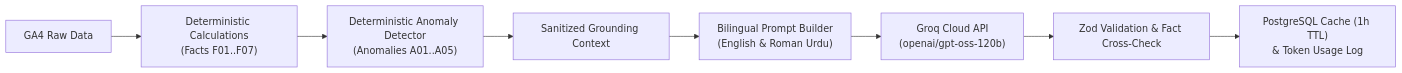
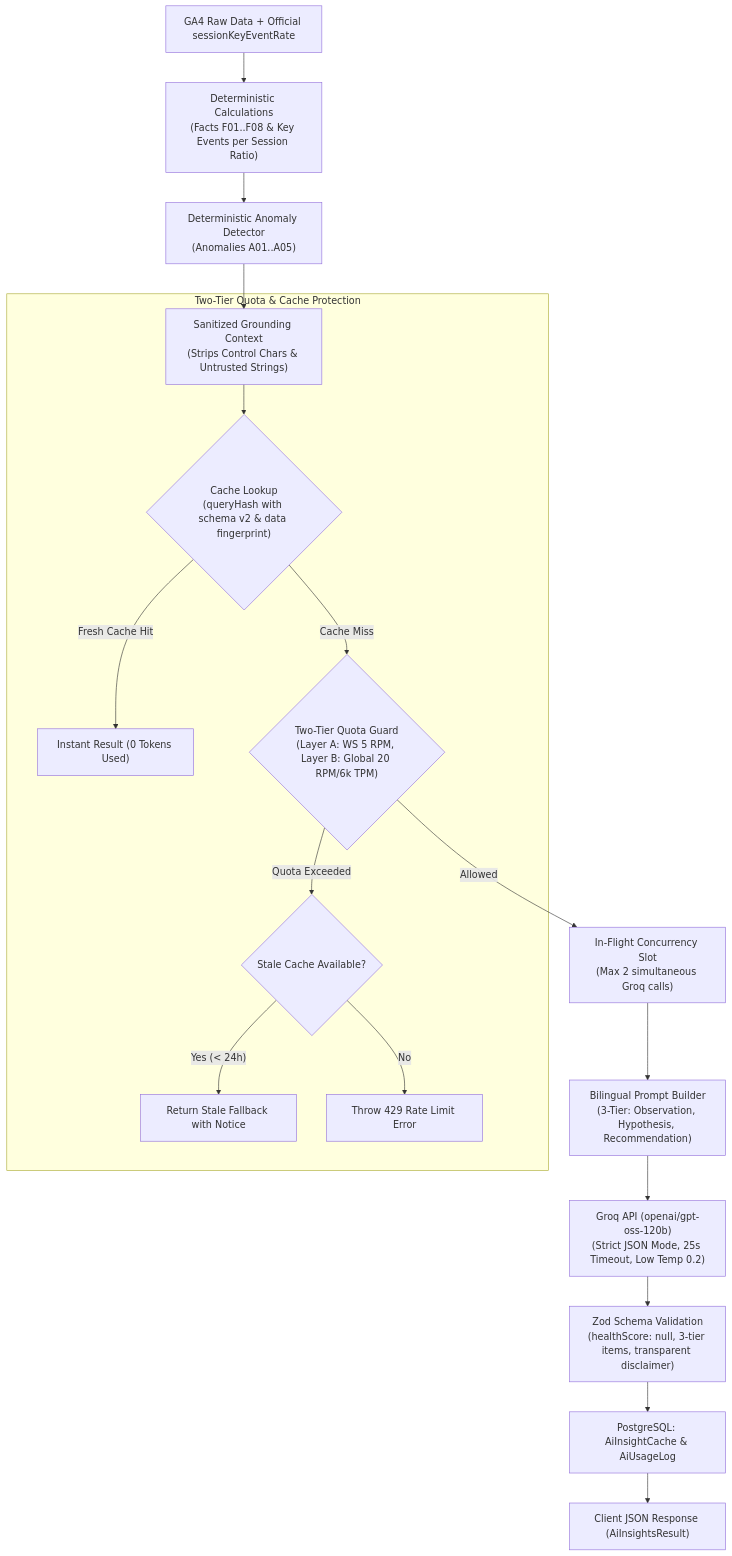
Before and after one commit to waseemakram-dev/analytics-saas: the diagram in agent.md, drawn with Mermaid. The commit also changed other lines of this file, not shown here.

````diff
--- a/agent.md
+++ b/agent.md
@@ -114,10 +114,22 @@
 ```mermaid
-flowchart LR
-    A["GA4 Raw Data"] --> B["Deterministic Calculations\n(Facts F01..F07)"]
+flowchart TD
+    A["GA4 Raw Data + Official sessionKeyEventRate"] --> B["Deterministic Calculations\n(Facts F01..F08 & Key Events per Session Ratio)"]
     B --> C["Deterministic Anomaly Detector\n(Anomalies A01..A05)"]
-    C --> D["Sanitized Grounding Context"]
-    D --> E["Bilingual Prompt Builder\n(English & Roman Urdu)"]
-    E --> F["Groq Cloud API\n(openai/gpt-oss-120b)"]
-    F --> G["Zod Validation & Fact Cross-Check"]
-    G --> H["PostgreSQL Cache (1h TTL)\n& Token Usage Log"]
+    C --> D["Sanitized Grounding Context\n(Strips Control Chars & Untrusted Strings)"]
+    
+    subgraph Two-Tier Quota & Cache Protection
+        D --> CacheFresh{"Cache Lookup\n(queryHash with schema v2 & data fingerprint)"}
+        CacheFresh -- Fresh Cache Hit --> ReturnFresh["Instant Result (0 Tokens Used)"]
+        CacheFresh -- Cache Miss --> QuotaCheck{"Two-Tier Quota Guard\n(Layer A: WS 5 RPM, Layer B: Global 20 RPM/6k TPM)"}
+        QuotaCheck -- Quota Exceeded --> StaleFallback{"Stale Cache Available?"}
+        StaleFallback -- Yes (< 24h) --> ReturnStale["Return Stale Fallback with Notice"]
+        StaleFallback -- No --> Throw429["Throw 429 Rate Limit Error"]
+    end
+
+    QuotaCheck -- Allowed --> Concurrency["In-Flight Concurrency Slot\n(Max 2 simultaneous Groq calls)"]
+    Concurrency --> PromptBuilder["Bilingual Prompt Builder\n(3-Tier: Observation, Hypothesis, Recommendation)"]
+    PromptBuilder --> Groq["Groq API (openai/gpt-oss-120b)\n(Strict JSON Mode, 25s Timeout, Low Temp 0.2)"]
+    Groq --> ZodValidation["Zod Schema Validation\n(healthScore: null, 3-tier items, transparent disclaimer)"]
+    ZodValidation --> Persistence["PostgreSQL: AiInsightCache & AiUsageLog"]
+    Persistence --> Output["Client JSON Response (AiInsightsResult)"]
 ```
````
